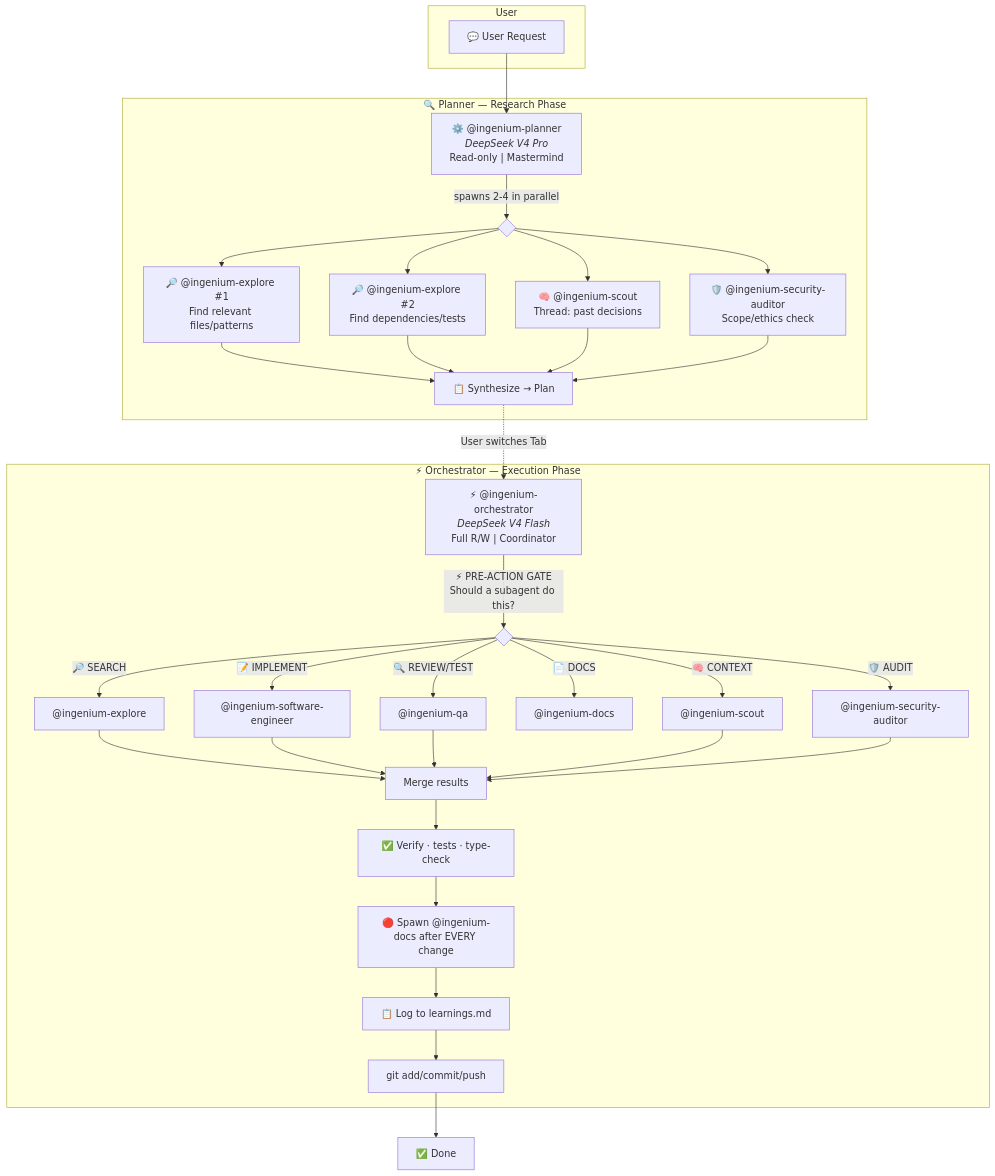
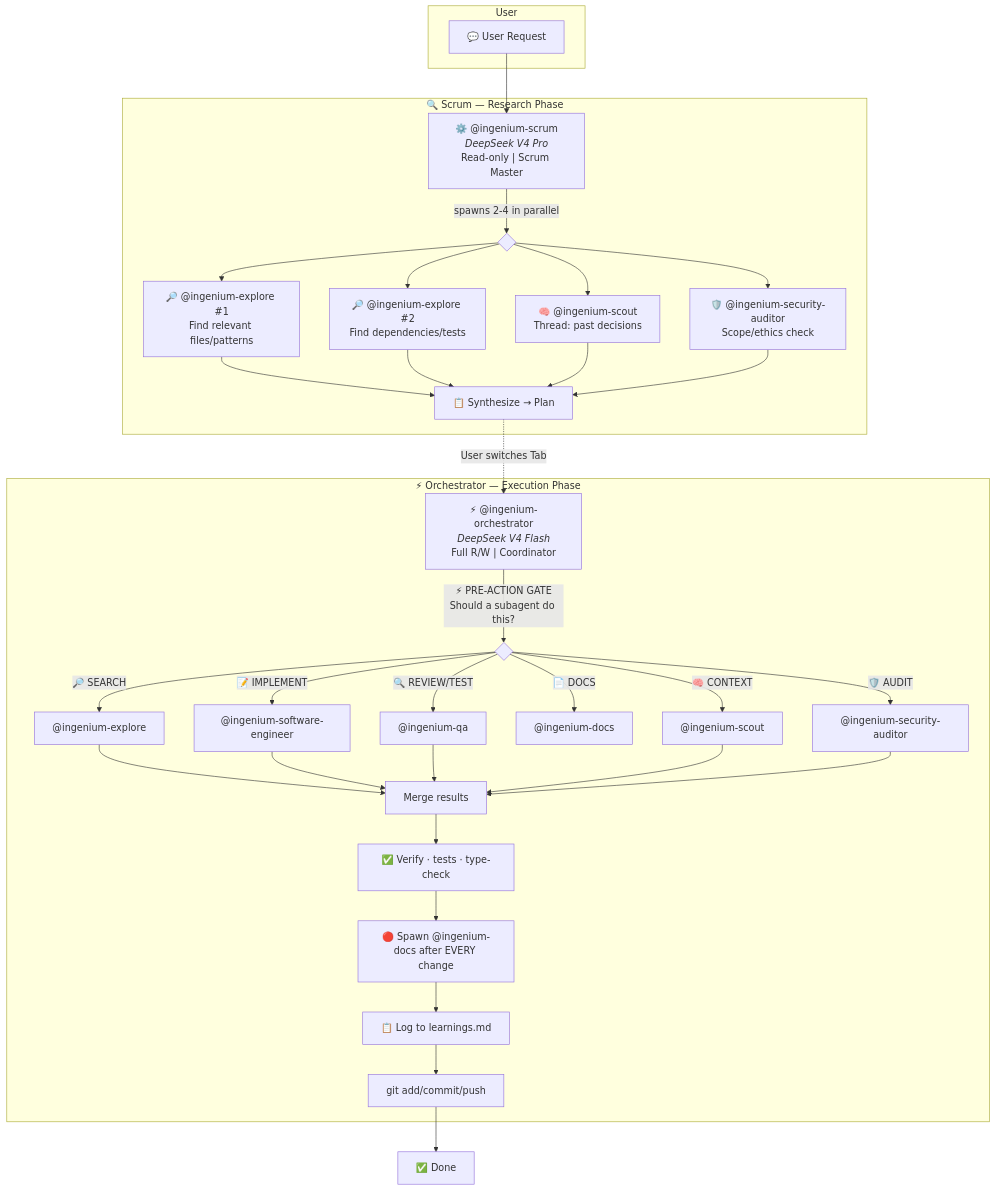
One commit to jtmb/ingenium changed the first of 4 diagrams in docs/agents.md. Above: the diagram before and after it, drawn with Mermaid. The commit also changed other lines of this file and 62 other files, not shown here.

````diff
--- a/docs/agents.md
+++ b/docs/agents.md
@@ -7,45 +7,45 @@
 ```mermaid
 flowchart TB
     subgraph User
         REQ["💬 User Request"]
     end
 
-    REQ --> P["⚙️ @ingenium-planner<br/><i>DeepSeek V4 Pro</i><br/>Read-only | Mastermind"]
+    REQ --> P["⚙️ @ingenium-scrum<br/><i>DeepSeek V4 Pro</i><br/>Read-only | Scrum Master"]
 
-    subgraph Planner["🔍 Planner — Research Phase"]
+    subgraph Scrum["🔍 Scrum — Research Phase"]
         P -->|"spawns 2-4 in parallel"| PARALLEL{ }
         PARALLEL --> EXP1["🔎 @ingenium-explore #1<br/>Find relevant files/patterns"]
         PARALLEL --> EXP2["🔎 @ingenium-explore #2<br/>Find dependencies/tests"]
         PARALLEL --> SCT["🧠 @ingenium-scout<br/>Thread: past decisions"]
         PARALLEL --> SA["🛡️ @ingenium-security-auditor<br/>Scope/ethics check"]
         EXP1 --> SYNTH["📋 Synthesize → Plan"]
         EXP2 --> SYNTH
         SCT --> SYNTH
         SA --> SYNTH
     end
 
     SYNTH -.->|"User switches Tab"| O
 
     O["⚡ @ingenium-orchestrator<br/><i>DeepSeek V4 Flash</i><br/>Full R/W | Coordinator"]
 
     subgraph Orchestrator["⚡ Orchestrator — Execution Phase"]
         O -->|"⚡ PRE-ACTION GATE<br/>Should a subagent do this?"| GATE{ }
         GATE -->|"🔎 SEARCH"| EXP["@ingenium-explore"]
         GATE -->|"📝 IMPLEMENT"| SE["@ingenium-software-engineer"]
         GATE -->|"🔍 REVIEW/TEST"| QA["@ingenium-qa"]
         GATE -->|"📄 DOCS"| DOCS["@ingenium-docs"]
         GATE -->|"🛡️ AUDIT"| AUDITOR["@ingenium-security-auditor"]
         GATE -->|"🧠 CONTEXT"| SCOUT["@ingenium-scout"]
         EXP --> MERGE["Merge results"]
         SE --> MERGE
         QA --> MERGE
         SCOUT --> MERGE
         AUDITOR --> MERGE
         MERGE --> VERIFY["✅ Verify · tests · type-check"]
         VERIFY --> DOC["🔴 Spawn @ingenium-docs after EVERY change"]
         DOC --> LEARN["📋 Log to learnings.md"]
         LEARN --> COMMIT["git add/commit/push"]
     end
 
     COMMIT --> DONE["✅ Done"]
 ```
````
